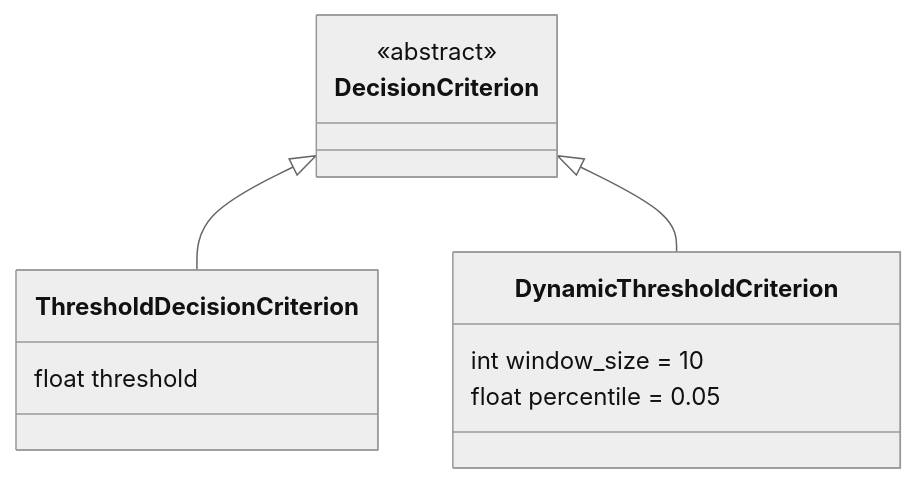
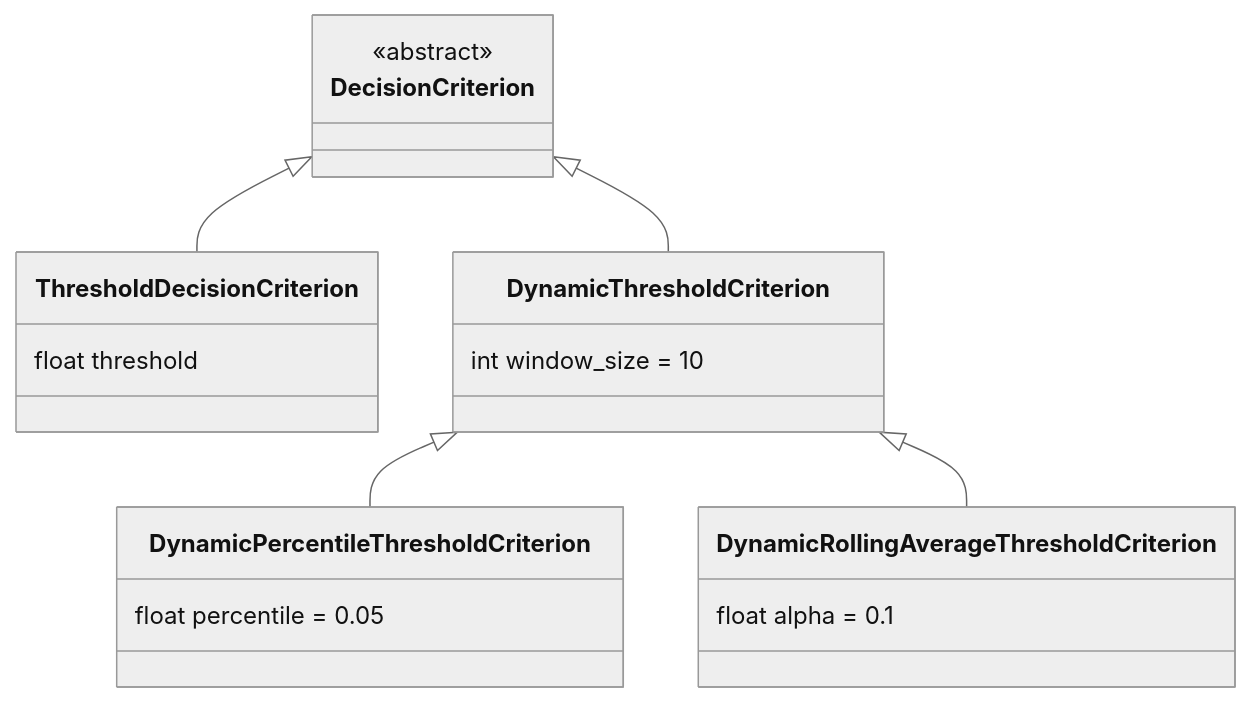
Before and after one commit to eth-easl/modyn: the fourth of 5 diagrams in docs/pipeline/triggering/DRIFT_TRIGGERS.md, drawn with Mermaid (neutral theme). The commit also changed other lines of this file and 5 other files, not shown here.

Commit message:
Add DynamicRollingAverageThresholdPolicy

````diff
--- a/docs/pipeline/triggering/DRIFT_TRIGGERS.md
+++ b/docs/pipeline/triggering/DRIFT_TRIGGERS.md
@@ -176,18 +176,30 @@
 ```mermaid
 classDiagram
     class DecisionCriterion {
         <<abstract>>
     }
 
     class ThresholdDecisionCriterion {
         float threshold
     }
 
     class DynamicThresholdCriterion {
         int window_size = 10
+    }
+
+    class DynamicPercentileThresholdCriterion {
         float percentile = 0.05
+    }
+
+    class DynamicRollingAverageThresholdCriterion {
+        float alpha = 0.1
     }
 
     DecisionCriterion <|-- ThresholdDecisionCriterion
     DecisionCriterion <|-- DynamicThresholdCriterion
+
+    DynamicThresholdCriterion <|-- DynamicPercentileThresholdCriterion
+    DynamicThresholdCriterion <|-- DynamicRollingAverageThresholdCriterion
+
+
 ```
````
